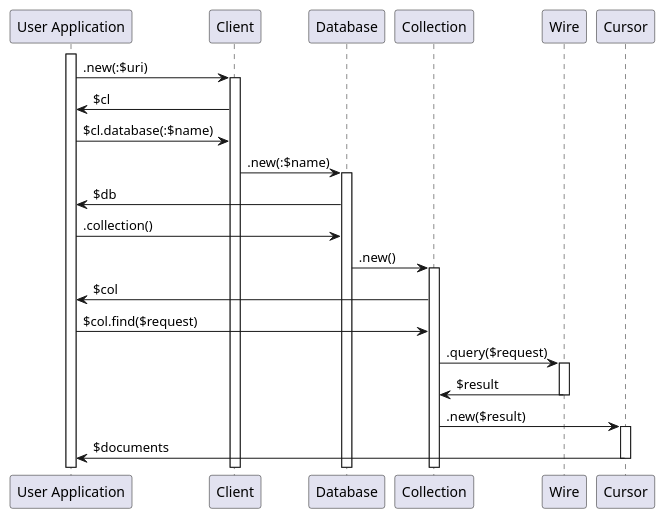
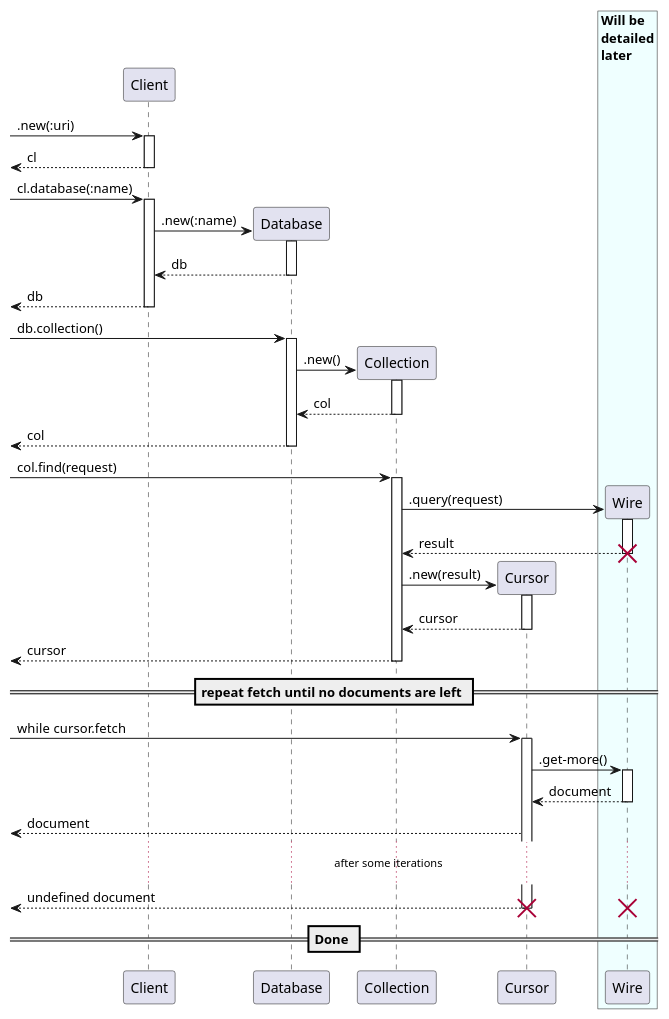
The diagram in doc/uml/DBIO-interact02.md (MARTIMM/raku-mongodb-driver), drawn with PlantUML before and after one commit. The commit also changed 12 other files, not shown here.

Commit message:
new and updated uml diagrams

````diff
--- a/doc/uml/DBIO-interact02.md
+++ b/doc/uml/DBIO-interact02.md
@@ -1,51 +1,68 @@
 ```plantuml
 @startuml
 'scale 0.8
 
 skinparam sequence {
 '  LifeLineBorderColor blue
   LifeLineBackgroundColor #fff
 }
 
-participant "User Application" as Application
-activate Application
+'participant "User Application" as Application
+'activate Application
 
 participant Client
 participant Database
 participant Collection
-participant Wire
+'participant Wire
 participant Cursor
+box "Will be\ndetailed\nlater" #efffff
+  participant Wire
+end box
 
-Application -> Client : .new(:$uri)
-activate Client
-Client -> Application : $cl
-Application -> Client : $cl.database(:$name)
-Client -> Database : .new(:$name)
-activate Database
-Database -> Application : $db
+-> Client ++: .new(:uri)
+create Client
+return cl
 
-Application -> Database: .collection()
-Database -> Collection: .new()
-activate Collection
-Collection -> Application: $col
+-> Client ++: cl.database(:name)
+create Database
+Client -> Database ++: .new(:name)
+return db
+return db
 
-Application -> Collection: $col.find($request)
+-> Database ++: db.collection()
 
-Collection -> Wire: .query($request)
-activate Wire
-Wire -> Collection: $result
-deactivate Wire
+create Collection
+Database -> Collection ++: .new()
+return col
+return col
 
-Collection -> Cursor: .new($result)
-activate Cursor
+-> Collection ++: col.find(request)
 
-'Cursor -> Application: $cursor
-'deactivate Collection
-'deactivate Database
+create Wire
+Collection -> Wire ++: .query(request)
+return result
+destroy Wire
 
-Cursor -> Application: $documents
-deactivate Cursor
+create Cursor
+Collection -> Cursor ++: .new(result)
+return cursor
+return cursor
 
+== repeat fetch until no documents are left ==
+-> Cursor ++: while cursor.fetch
+Cursor -> Wire ++: .get-more()
+return document
+'return document
+<-- Cursor: document
+
+... after some iterations ...
+<-- Cursor: undefined document
+
+destroy Cursor
+
+== Done ==
+
+destroy Wire
 
 @enduml
 ```
````
